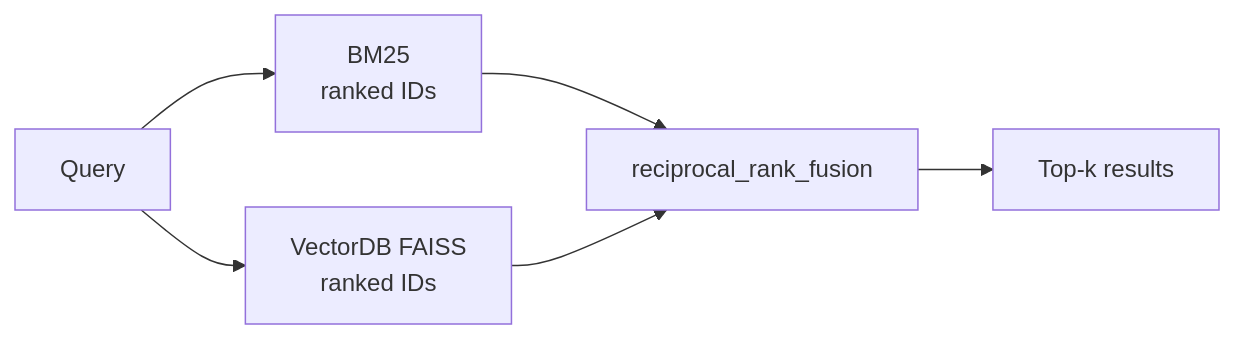
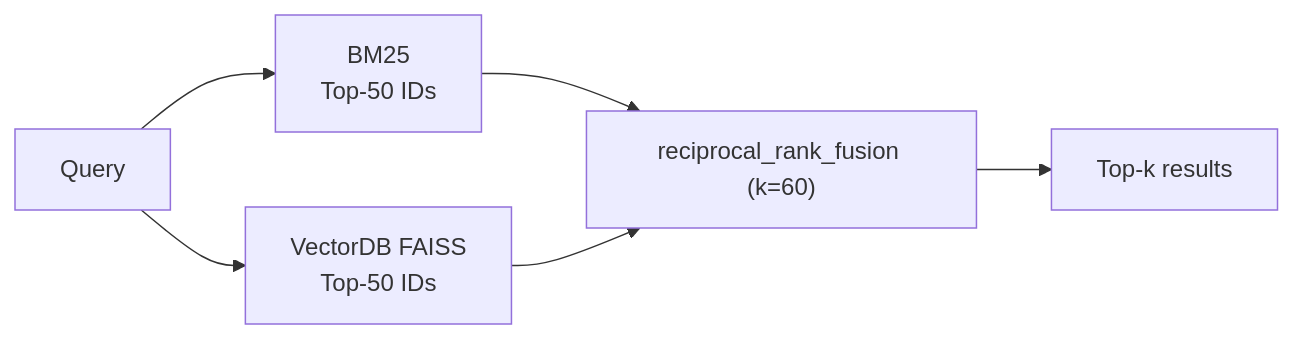
The second of 5 diagrams in src/optimisations/README.md (Murali47k/DS5603_IR_Project), drawn with Mermaid before and after one commit. The commit also changed other lines of this file and 1 other file, not shown here.

Commit message:
docs: update root and optimisation READMEs with new benchmark metrics and pipeline diagrams

````diff
--- a/src/optimisations/README.md
+++ b/src/optimisations/README.md
@@ -65,7 +67,7 @@
 ```mermaid
 flowchart LR
-    Q[Query] --> B[BM25\nranked IDs]
-    Q --> D[VectorDB FAISS\nranked IDs]
-    B & D --> R[reciprocal_rank_fusion]
-    R --> OUT[Top-k results]
+    Q[Query] --> B["BM25 <br> Top-50 IDs"]
+    Q --> D["VectorDB FAISS <br> Top-50 IDs"]
+    B & D --> R["reciprocal_rank_fusion (k=60)"]
+    R --> OUT["Top-k results"]
 ```
````
